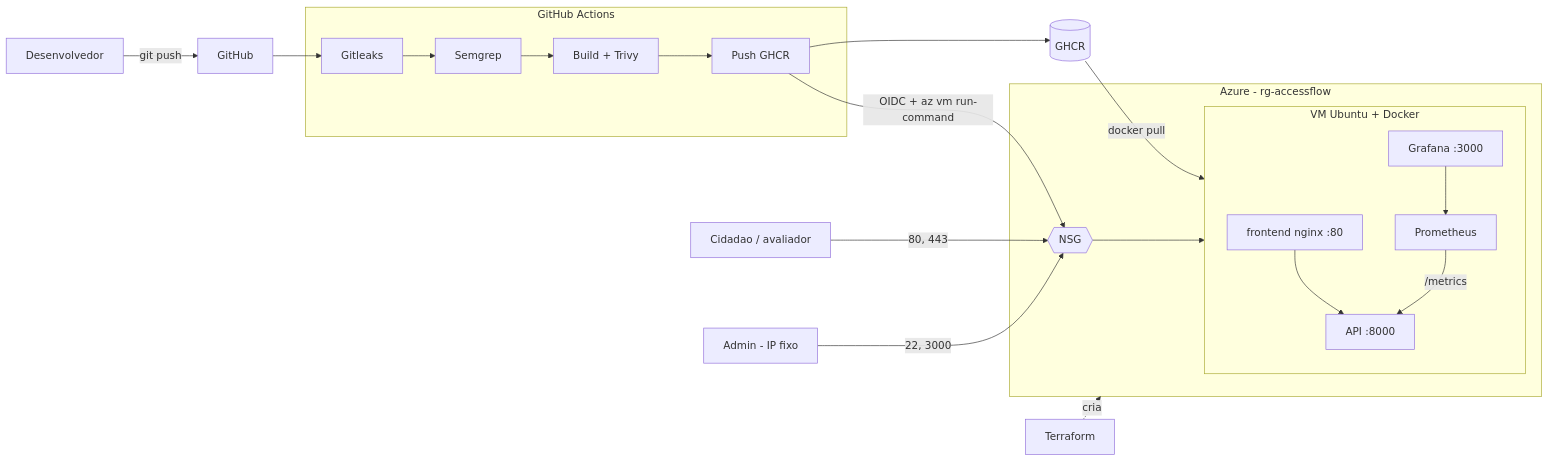
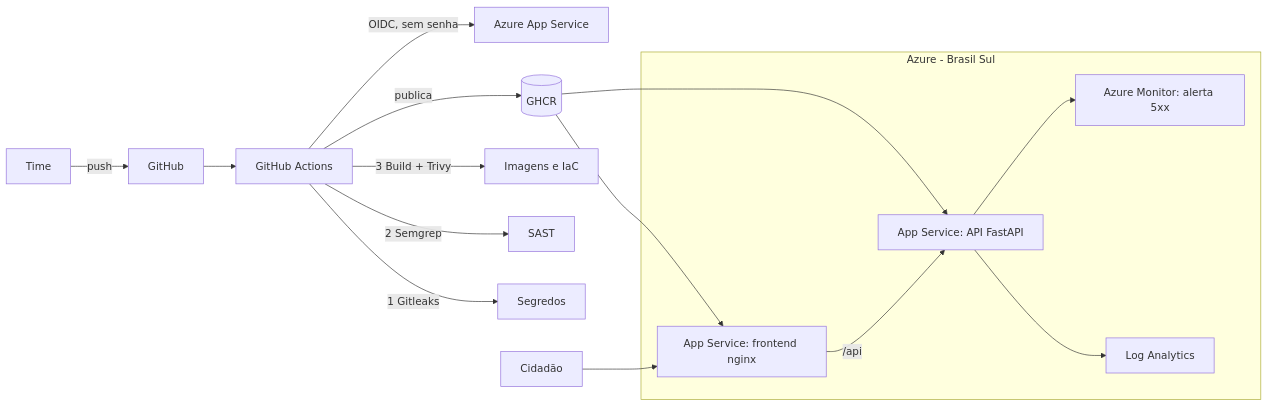
Before and after one commit to WhipDino/accessflow: the diagram in docs/arquitetura.md, drawn with Mermaid. The commit also changed other lines of this file and 3 other files, not shown here.

First line of the commit message:
Documenta App Service no lugar da VM, limpa variaveis do Terraform e trava versoes do provider

````diff
--- a/docs/arquitetura.md
+++ b/docs/arquitetura.md
@@ -3,22 +7,18 @@
 ```mermaid
 flowchart LR
-  dev[Desenvolvedor] -->|git push| gh[GitHub]
-  gh --> gl
-  subgraph CI[GitHub Actions]
-    gl[Gitleaks] --> sg[Semgrep] --> bt[Build + Trivy] --> pub[Push GHCR]
+  Dev[Time] -->|push| GH[GitHub]
+  GH --> CI[GitHub Actions]
+  CI -->|1 Gitleaks| S1[Segredos]
+  CI -->|2 Semgrep| S2[SAST]
+  CI -->|3 Build + Trivy| S3[Imagens e IaC]
+  CI -->|publica| GHCR[(GHCR)]
+  CI -->|OIDC, sem senha| NUV[Azure App Service]
+  subgraph AZ[Azure - Brasil Sul]
+    WEB[App Service: frontend nginx] -->|/api| API[App Service: API FastAPI]
+    API --> LOG[Log Analytics]
+    API --> MON[Azure Monitor: alerta 5xx]
   end
-  pub --> ghcr[(GHCR)]
-  pub -->|OIDC + az vm run-command| nsg
-  subgraph AZ[Azure - rg-accessflow]
-    nsg{{NSG}} --> VM
-    subgraph VM[VM Ubuntu + Docker]
-      fe[frontend nginx :80] --> api[API :8000]
-      prom[Prometheus] -->|/metrics| api
-      graf[Grafana :3000] --> prom
-    end
-  end
-  cidadao[Cidadao / avaliador] -->|80, 443| nsg
-  admin[Admin - IP fixo] -->|22, 3000| nsg
-  ghcr -->|docker pull| VM
-  tf[Terraform] -.cria.-> AZ
+  GHCR --> WEB
+  GHCR --> API
+  User[Cidadão] --> WEB
 ```
````
